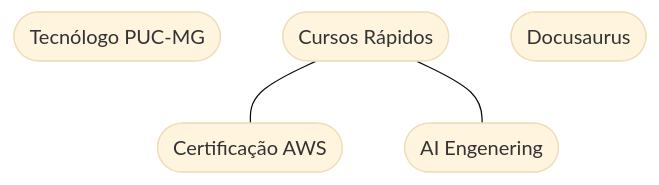
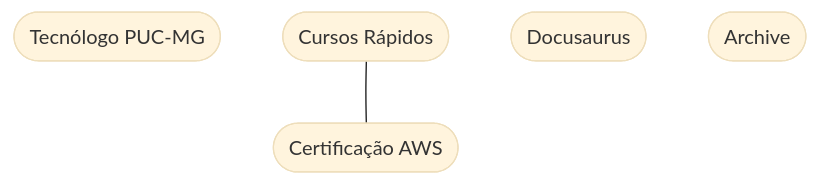
Before and after one commit to brunoruas2/ciencia_computacao: the diagram in docs/01-intro.md, drawn with Mermaid (base theme). The commit also changed 22 other files, not shown here.

````diff
--- a/docs/01-intro.md
+++ b/docs/01-intro.md
@@ -9,18 +9,16 @@
 ```mermaid
 flowchart
 	A([Tecnólogo PUC-MG])
 	B([Cursos Rápidos])
+	B1([Certificação AWS])
 	C([Docusaurus])
-	B1([Certificação AWS])
-	B2([AI Engenering])
+	D([Archive])
 
 	B --- B1
-	B --- B2
-
 
 	click A "puc/intro"
 	click B "category/cursos-livres"
 	click C "category/tutorial-docusaurus"
 	click B1 "category/aws-skill-builder"
-	click B2 "category/roadmapsh"
+	click D "category/archive"
 ```
````
